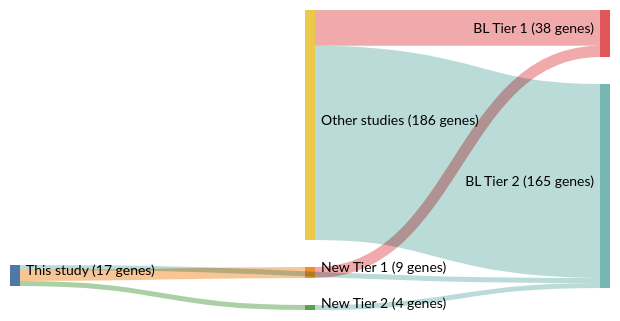
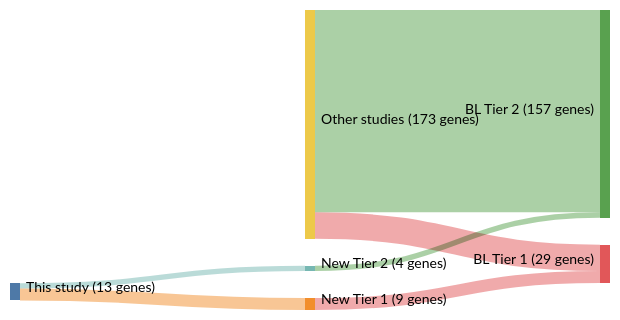
Before and after one commit to morinlab/lymphopedia: the diagram in papers/grandeGenomewideDiscoverySomatic2019.md, drawn with Mermaid (forest theme). The commit also changed 81 other files, not shown here.

````diff
--- a/papers/grandeGenomewideDiscoverySomatic2019.md
+++ b/papers/grandeGenomewideDiscoverySomatic2019.md
@@ -12,21 +12,20 @@
 ```mermaid
 ---
 config:
     sankey:
         showValues: true
         linkColor: target
         width: 600
         height: 300
         nodeAlignment: right
         prefix: '('
         suffix: ' genes)'
 ---
 sankey-beta
 This study, New Tier 1, 9
 New Tier 1, BL Tier 1, 9
-This study, BL Tier 2, 4
 This study, New Tier 2, 4
 New Tier 2, BL Tier 2, 4
-Other studies, BL Tier 1, 29
-Other studies, BL Tier 2, 157
+Other studies, BL Tier 1, 20
+Other studies, BL Tier 2, 153
 ```
````
